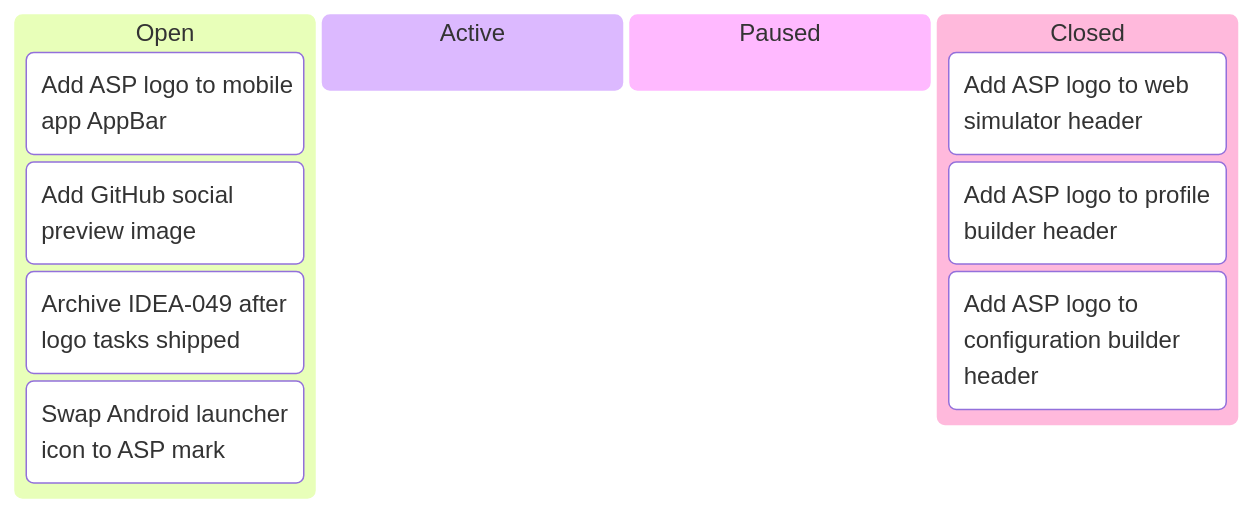
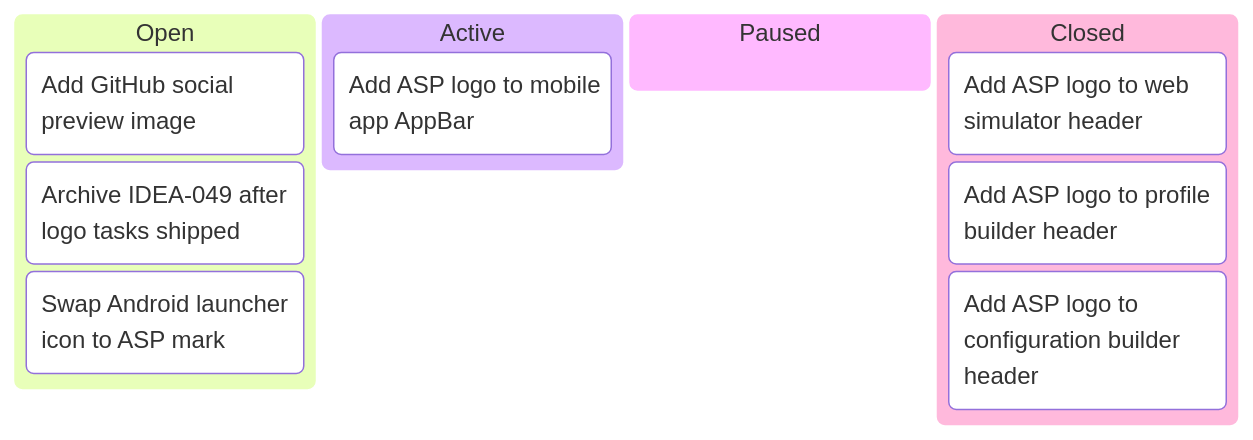
Before and after one commit to tgd1975/AwesomeStudioPedal: the fifth of 7 diagrams in docs/developers/tasks/KANBAN.md, drawn with Mermaid. The commit also changed other lines of this file and 4 other files, not shown here.

Commit message:
feat(app): add ASP mark to mobile AppBar (TASK-342)

````diff
--- a/docs/developers/tasks/KANBAN.md
+++ b/docs/developers/tasks/KANBAN.md
@@ -80,14 +81,14 @@
 ```mermaid
 kanban
   Open
-    TASK_342["Add ASP logo to mobile app AppBar"]
     TASK_343["Add GitHub social preview image"]
     TASK_344["Archive IDEA-049 after logo tasks shipped"]
     TASK_345["Swap Android launcher icon to ASP mark"]
   Active
+    TASK_342["Add ASP logo to mobile app AppBar"]
   Paused
   Closed
     TASK_339["Add ASP logo to web simulator header"]
     TASK_340["Add ASP logo to profile builder header"]
     TASK_341["Add ASP logo to configuration builder header"]
 ```
````
